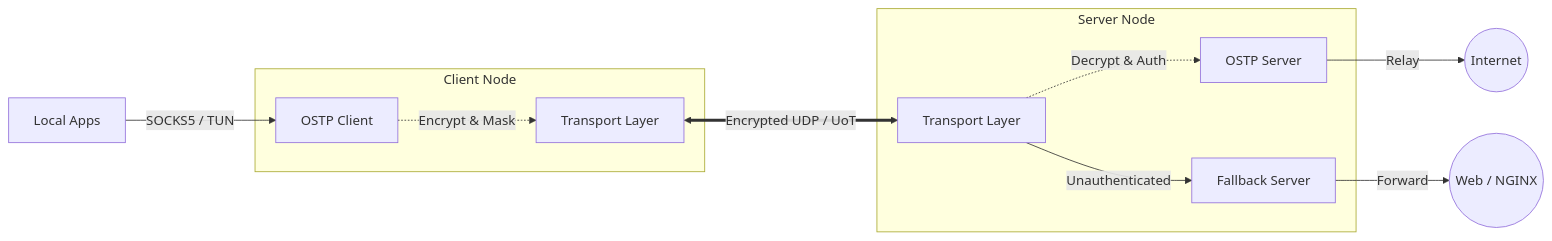
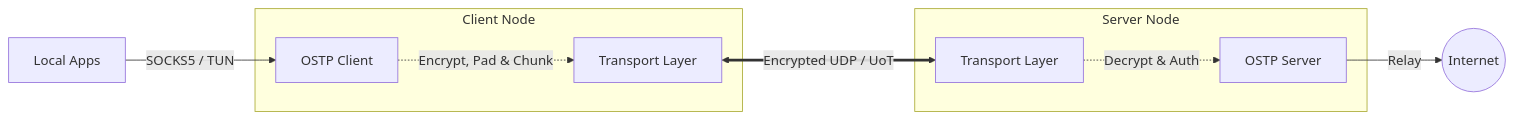
Before and after one commit to POSTiGA1/Tunnel-OSTP: the diagram in README.md, drawn with Mermaid. The commit also changed other lines of this file and 11 other files, not shown here.

````diff
--- a/README.md
+++ b/README.md
@@ -37,18 +39,16 @@
 ```mermaid
 flowchart LR
     Apps[Local Apps] -->|SOCKS5 / TUN| CoreC
 
     subgraph Client [Client Node]
-        CoreC[OSTP Client] -.->|Encrypt & Mask| NetC[Transport Layer]
+        CoreC[OSTP Client] -.->|Encrypt, Pad & Chunk| NetC[Transport Layer]
     end
 
     NetC <==>|Encrypted UDP / UoT| NetS
 
     subgraph Server [Server Node]
         NetS[Transport Layer] -.->|Decrypt & Auth| CoreS[OSTP Server]
-        NetS -->|Unauthenticated| Fallback[Fallback Server]
     end
 
     CoreS -->|Relay| WWW((Internet))
-    Fallback -->|Forward| Web((Web / NGINX))
 ```
````
